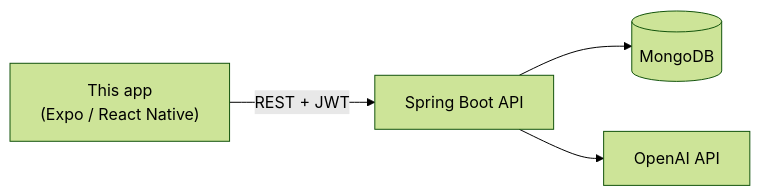
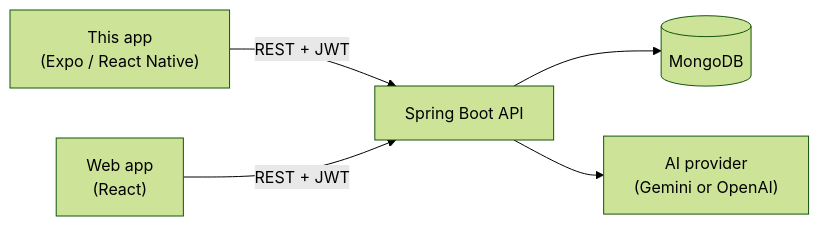
One commit to kailau1/fyp_one_percent_mobile changed the diagram in README.md. Above: the diagram before and after it, drawn with Mermaid (forest theme). The commit also changed other lines of this file and 1 other file, not shown here.

First line of the commit message:
Document the rebuilt mobile app

````diff
--- a/README.md
+++ b/README.md
@@ -20,6 +20,7 @@
 ```mermaid
 flowchart LR
     App["This app<br/>(Expo / React Native)"] -- "REST + JWT" --> API["Spring Boot API"]
+    Web["Web app<br/>(React)"] -- "REST + JWT" --> API
     API --> DB[("MongoDB")]
-    API --> OAI["OpenAI API"]
+    API --> AI["AI provider<br/>(Gemini or OpenAI)"]
 ```
````
